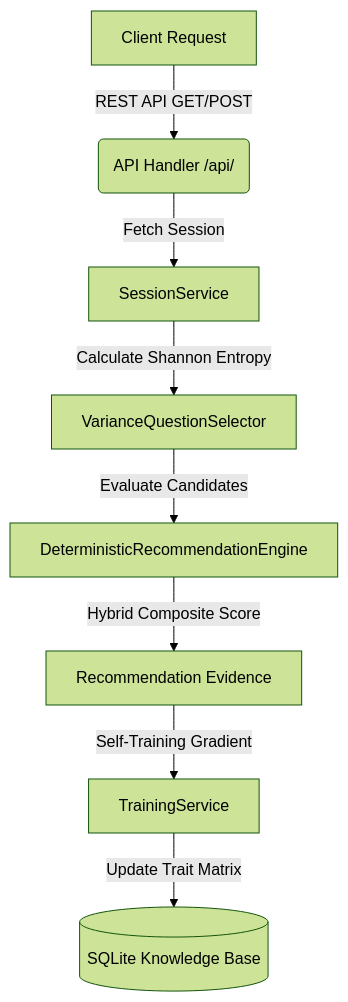
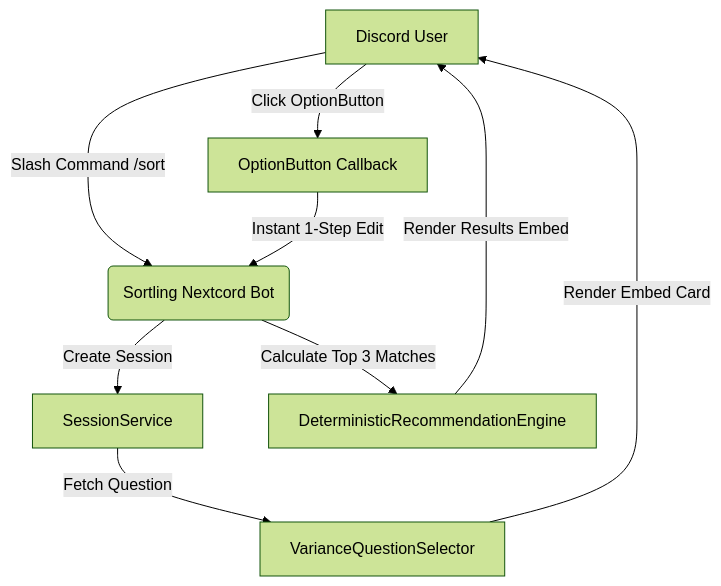
The diagram in README.md (sorts-me/Discord), drawn with Mermaid (forest theme) before and after one commit. The commit also changed other lines of this file, not shown here.

Commit message:
docs: add Boundier-styled README for Discord bot

````diff
--- a/README.md
+++ b/README.md
@@ -35,10 +23,11 @@
 ```mermaid
 graph TD
-    A[Client Request] -->|REST API GET/POST| B(API Handler /api/)
-    B -->|Fetch Session| C[SessionService]
-    C -->|Calculate Shannon Entropy| D[VarianceQuestionSelector]
-    D -->|Evaluate Candidates| E[DeterministicRecommendationEngine]
-    E -->|Hybrid Composite Score| F[Recommendation Evidence]
-    F -->|Self-Training Gradient| G[TrainingService]
-    G -->|Update Trait Matrix| H[(SQLite Knowledge Base)]
+    A[Discord User] -->|Slash Command /sort| B(Sortling Nextcord Bot)
+    B -->|Create Session| C[SessionService]
+    C -->|Fetch Question| D[VarianceQuestionSelector]
+    D -->|Render Embed Card| A
+    A -->|Click OptionButton| E[OptionButton Callback]
+    E -->|Instant 1-Step Edit| B
+    B -->|Calculate Top 3 Matches| F[DeterministicRecommendationEngine]
+    F -->|Render Results Embed| A
 ```
````
